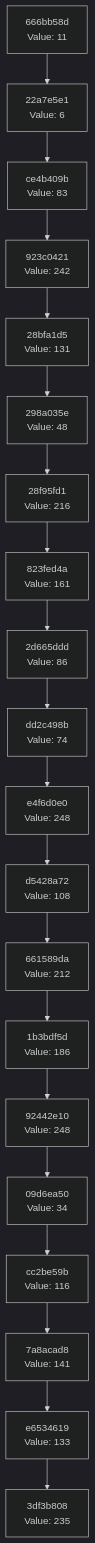
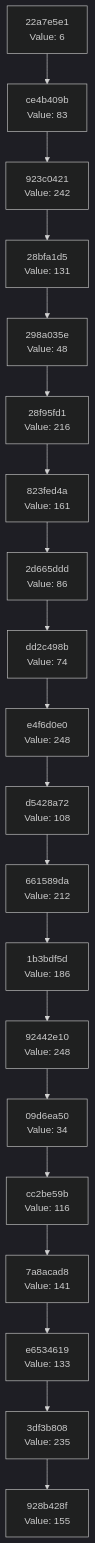
One commit to Abhisheksinha1506/hash-chain-evolver changed the diagram in docs/CHAIN_VISUALIZATION.md. Above: the diagram before and after it, drawn with Mermaid (dark theme). The commit also changed 1 other file, not shown here.

Commit message:
Evolution Step

````diff
--- a/docs/CHAIN_VISUALIZATION.md
+++ b/docs/CHAIN_VISUALIZATION.md
@@ -3,42 +3,42 @@
 ```mermaid
 graph TD
-    C0["3df3b808<br/>Value: 235"]
-    C1["e6534619<br/>Value: 133"]
+    C0["928b428f<br/>Value: 155"]
+    C1["3df3b808<br/>Value: 235"]
     C1 --> C0
-    C2["7a8acad8<br/>Value: 141"]
+    C2["e6534619<br/>Value: 133"]
     C2 --> C1
-    C3["cc2be59b<br/>Value: 116"]
+    C3["7a8acad8<br/>Value: 141"]
     C3 --> C2
-    C4["09d6ea50<br/>Value: 34"]
+    C4["cc2be59b<br/>Value: 116"]
     C4 --> C3
-    C5["92442e10<br/>Value: 248"]
+    C5["09d6ea50<br/>Value: 34"]
     C5 --> C4
-    C6["1b3bdf5d<br/>Value: 186"]
+    C6["92442e10<br/>Value: 248"]
     C6 --> C5
-    C7["661589da<br/>Value: 212"]
+    C7["1b3bdf5d<br/>Value: 186"]
     C7 --> C6
-    C8["d5428a72<br/>Value: 108"]
+    C8["661589da<br/>Value: 212"]
     C8 --> C7
-    C9["e4f6d0e0<br/>Value: 248"]
+    C9["d5428a72<br/>Value: 108"]
     C9 --> C8
-    C10["dd2c498b<br/>Value: 74"]
+    C10["e4f6d0e0<br/>Value: 248"]
     C10 --> C9
-    C11["2d665ddd<br/>Value: 86"]
+    C11["dd2c498b<br/>Value: 74"]
     C11 --> C10
-    C12["823fed4a<br/>Value: 161"]
+    C12["2d665ddd<br/>Value: 86"]
     C12 --> C11
-    C13["28f95fd1<br/>Value: 216"]
+    C13["823fed4a<br/>Value: 161"]
     C13 --> C12
-    C14["298a035e<br/>Value: 48"]
+    C14["28f95fd1<br/>Value: 216"]
     C14 --> C13
-    C15["28bfa1d5<br/>Value: 131"]
+    C15["298a035e<br/>Value: 48"]
     C15 --> C14
-    C16["923c0421<br/>Value: 242"]
+    C16["28bfa1d5<br/>Value: 131"]
     C16 --> C15
-    C17["ce4b409b<br/>Value: 83"]
+    C17["923c0421<br/>Value: 242"]
     C17 --> C16
-    C18["22a7e5e1<br/>Value: 6"]
+    C18["ce4b409b<br/>Value: 83"]
     C18 --> C17
-    C19["666bb58d<br/>Value: 11"]
+    C19["22a7e5e1<br/>Value: 6"]
     C19 --> C18
 ```
````
